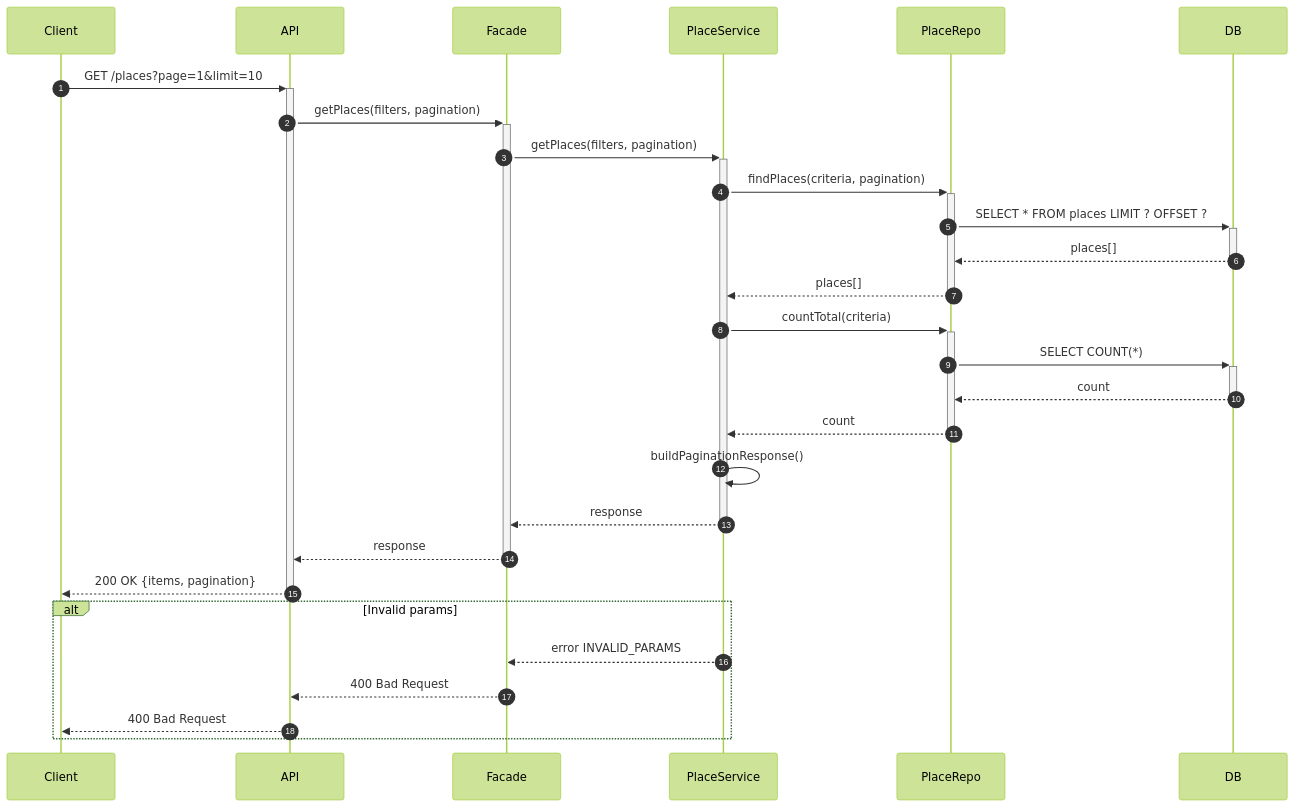
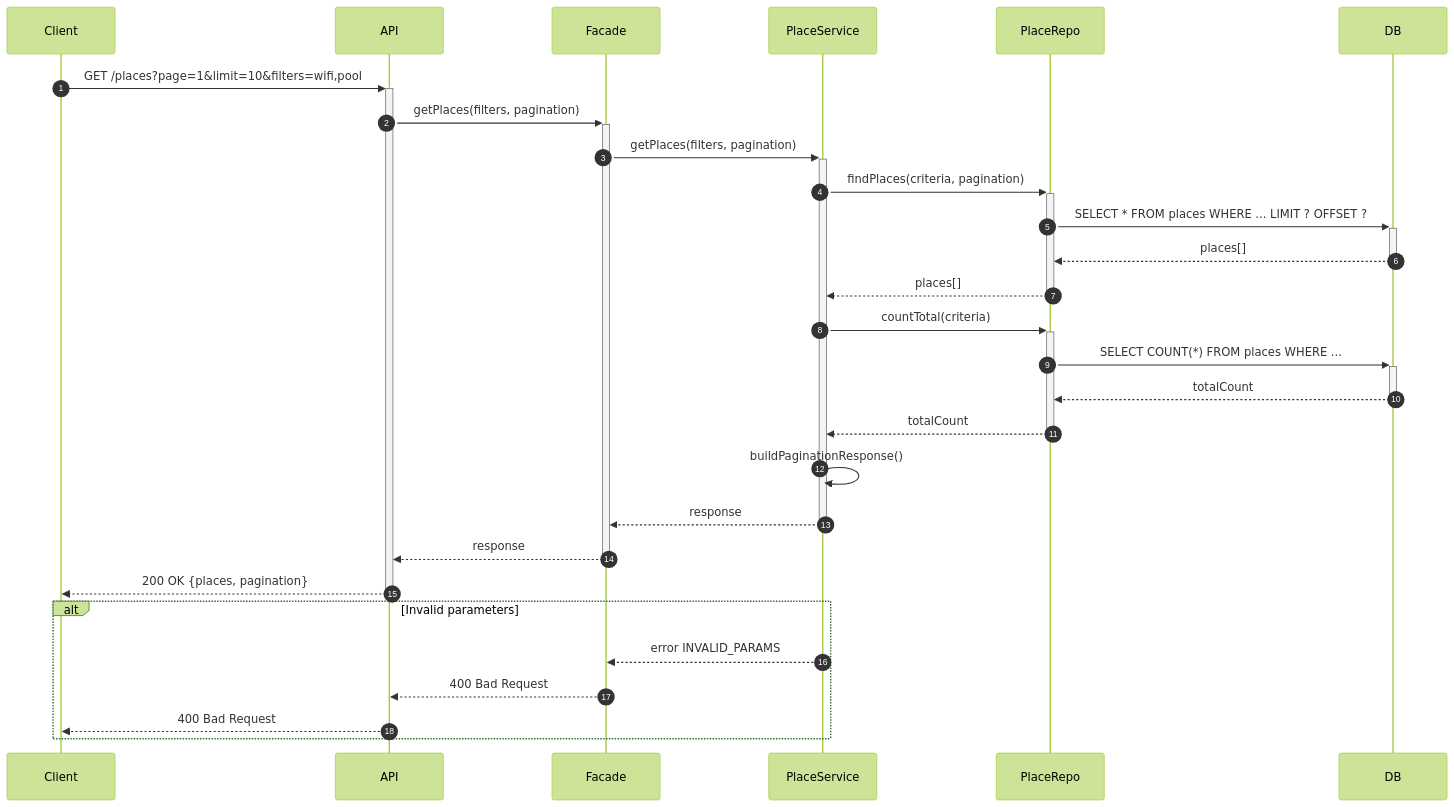
The fourth of 4 diagrams in part1/2-sequences.md (Lagui117/holbertonschool-hbnb), drawn with Mermaid (forest theme) before and after one commit. The commit also changed other lines of this file, not shown here.

Commit message:
2-sequences.md

````diff
--- a/part1/2-sequences.md
+++ b/part1/2-sequences.md
@@ -177,35 +171,37 @@
 ```mermaid
 sequenceDiagram
     autonumber
     participant Client
     participant API
     participant Facade
     participant PlaceService
     participant PlaceRepo
     participant DB
 
-    Client->>+API: GET /places?page=1&limit=10
+    %% ==== FLUX PRINCIPAL / MAIN FLOW ====
+    Client->>+API: GET /places?page=1&limit=10&filters=wifi,pool
     API->>+Facade: getPlaces(filters, pagination)
     Facade->>+PlaceService: getPlaces(filters, pagination)
     
     PlaceService->>+PlaceRepo: findPlaces(criteria, pagination)
-    PlaceRepo->>+DB: SELECT * FROM places LIMIT ? OFFSET ?
+    PlaceRepo->>+DB: SELECT * FROM places WHERE ... LIMIT ? OFFSET ?
     DB-->>-PlaceRepo: places[]
     PlaceRepo-->>-PlaceService: places[]
     
     PlaceService->>+PlaceRepo: countTotal(criteria)
-    PlaceRepo->>+DB: SELECT COUNT(*)
-    DB-->>-PlaceRepo: count
-    PlaceRepo-->>-PlaceService: count
+    PlaceRepo->>+DB: SELECT COUNT(*) FROM places WHERE ...
+    DB-->>-PlaceRepo: totalCount
+    PlaceRepo-->>-PlaceService: totalCount
     
     PlaceService->>PlaceService: buildPaginationResponse()
     PlaceService-->>-Facade: response
     Facade-->>-API: response
-    API-->>-Client: 200 OK {items, pagination}
+    API-->>-Client: 200 OK {places, pagination}
 
-    alt Invalid params
+    %% ==== ERREUR ====
+    alt Invalid parameters
         PlaceService-->>Facade: error INVALID_PARAMS
         Facade-->>API: 400 Bad Request
         API-->>Client: 400 Bad Request
     end
 ```
````
